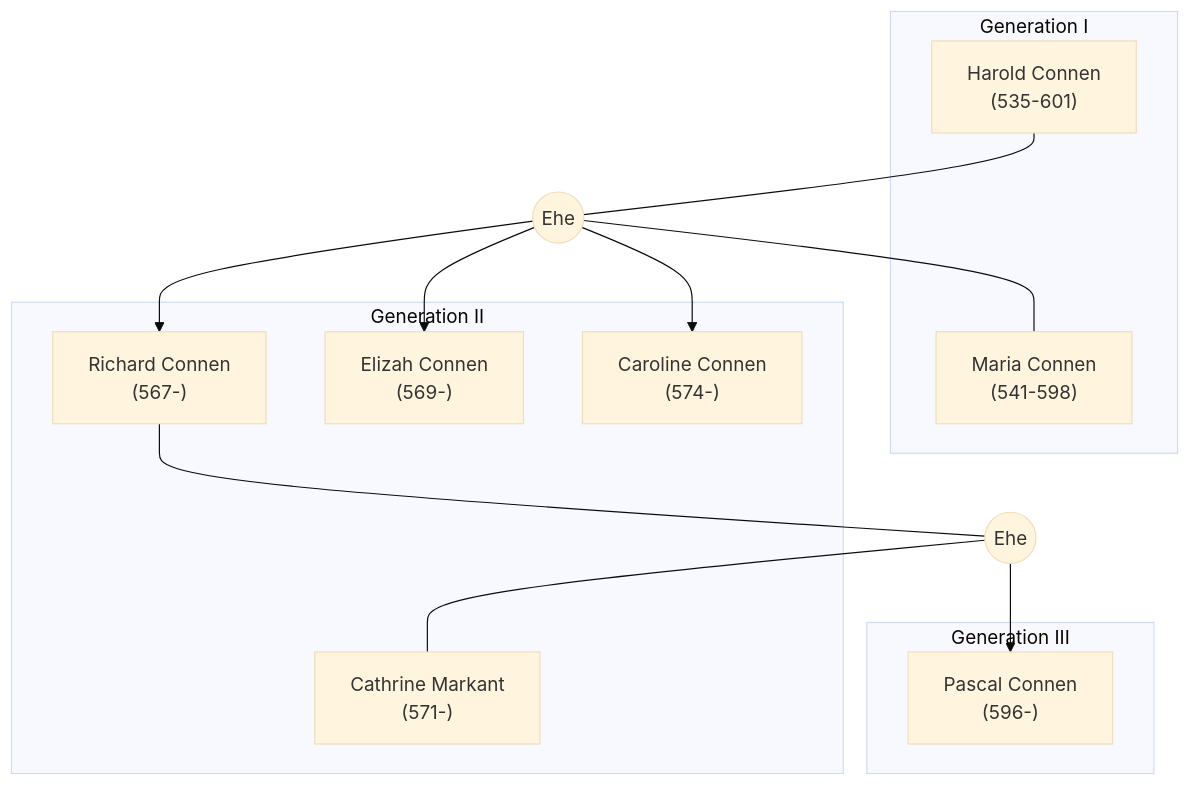
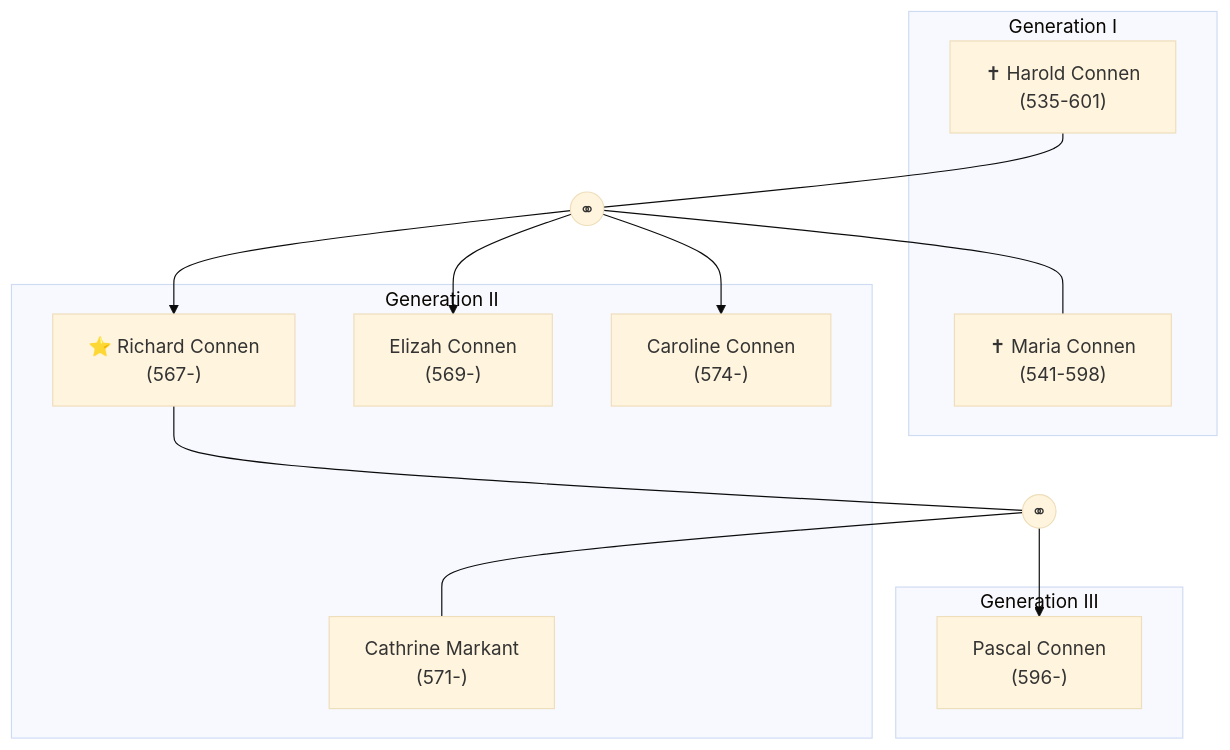
The diagram in content/charaktere/familien/connen.md (TheFabzie/book_lore), drawn with Mermaid (base theme) before and after one commit.

Commit message:
Stammbaum

````diff
--- a/content/charaktere/familien/connen.md
+++ b/content/charaktere/familien/connen.md
@@ -7,41 +7,41 @@
 ```mermaid
 
 graph TD
 %% Haus Connen
 
 subgraph Gen1["Generation I"]
-  harold_connen["Harold Connen<br/>(535-601)"]
-  maria_connen["Maria Connen<br/>(541-598)"]
+  harold_connen["✝ Harold Connen<br/>(535-601)"]
+  maria_connen["✝ Maria Connen<br/>(541-598)"]
 end
 
-harold_connen --- e1((Ehe)) --- maria_connen
+harold_connen --- e1((⚭)) --- maria_connen
 
 subgraph Gen2["Generation II"]
-  richard_connen["Richard Connen<br/>(567-)"]
+  richard_connen["⭐ Richard Connen<br/>(567-)"]
   elizah_connen["Elizah Connen<br/>(569-)"]
   caroline_connen["Caroline Connen<br/>(574-)"]
   cathrine_markant["Cathrine Markant<br/>(571-)"]
 end
 
 e1 --> richard_connen
 e1 --> elizah_connen
 e1 --> caroline_connen
 
-richard_connen --- e2((Ehe)) --- cathrine_markant
+richard_connen --- e2((⚭)) --- cathrine_markant
 
 subgraph Gen3["Generation III"]
   pascal_connen["Pascal Connen<br/>(596-)"]
 end
 
 e2 --> pascal_connen
 
 click harold_connen "/charaktere/harold-connen"
 click maria_connen "/charaktere/maria-connen"
 click richard_connen "/charaktere/richard-connen"
 click elizah_connen "/charaktere/elizah-connen"
 click caroline_connen "/charaktere/caroline-connen"
 click cathrine_markant "/charaktere/cathrine-markant"
 click pascal_connen "/charaktere/pascal-connen"
 
 
 ```
````
